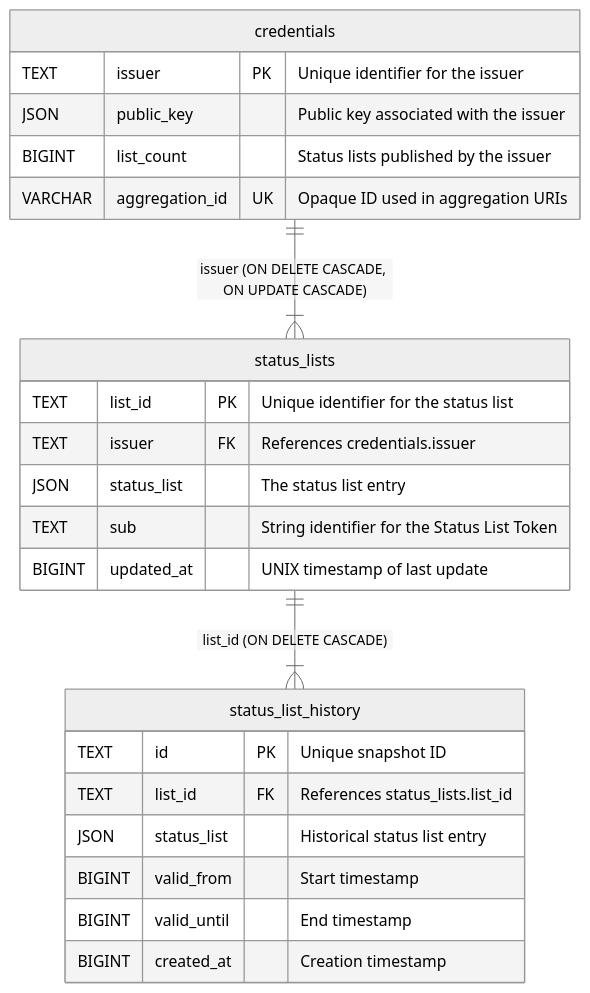
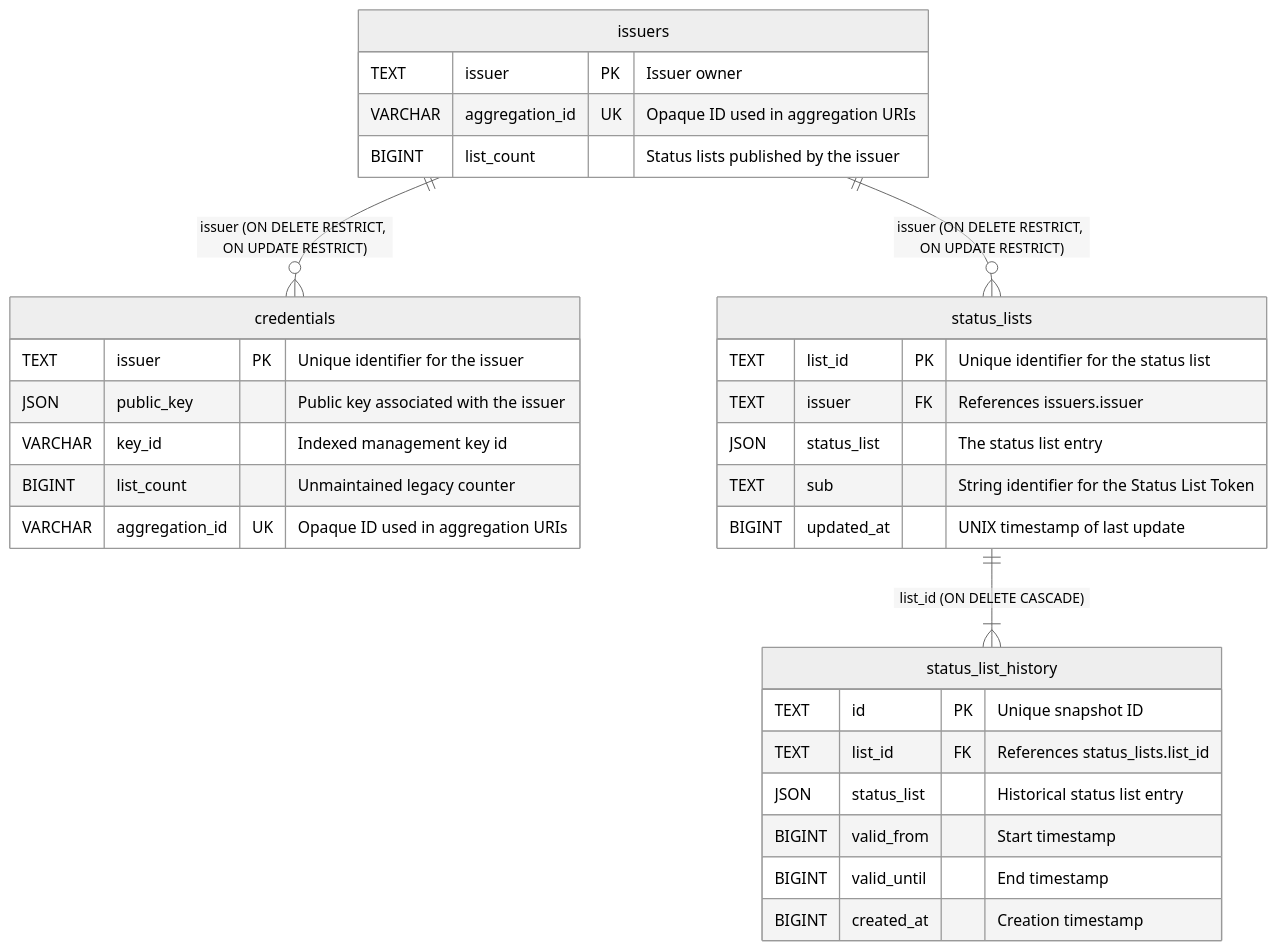
Before and after one commit to adorsys/status-list-server: the diagram in src/outbound/sql/README.md, drawn with Mermaid (neutral theme). The commit also changed other lines of this file and 24 other files, not shown here.

First line of the commit message:
feat(sql)!: decouple status-list ownership and list quota from credentials (#717)

````diff
--- a/src/outbound/sql/README.md
+++ b/src/outbound/sql/README.md
@@ -134,26 +162,33 @@
 ```mermaid
 erDiagram
     credentials {
         TEXT issuer PK "Unique identifier for the issuer"
         JSON public_key "Public key associated with the issuer"
+        VARCHAR key_id "Indexed management key id"
+        BIGINT list_count "Unmaintained legacy counter"
+        VARCHAR aggregation_id UK "Opaque ID used in aggregation URIs"
+    }
+    issuers {
+        TEXT issuer PK "Issuer owner"
+        VARCHAR aggregation_id UK "Opaque ID used in aggregation URIs"
         BIGINT list_count "Status lists published by the issuer"
-        VARCHAR aggregation_id UK "Opaque ID used in aggregation URIs"
     }
     status_lists {
         TEXT list_id PK "Unique identifier for the status list"
-        TEXT issuer FK "References credentials.issuer"
+        TEXT issuer FK "References issuers.issuer"
         JSON status_list "The status list entry"
         TEXT sub "String identifier for the Status List Token"
         BIGINT updated_at "UNIX timestamp of last update"
     }
     status_list_history {
         TEXT id PK "Unique snapshot ID"
         TEXT list_id FK "References status_lists.list_id"
         JSON status_list "Historical status list entry"
         BIGINT valid_from "Start timestamp"
         BIGINT valid_until "End timestamp"
         BIGINT created_at "Creation timestamp"
     }
-    credentials ||--|{ status_lists : "issuer (ON DELETE CASCADE, ON UPDATE CASCADE)"
+    issuers ||--o{ credentials : "issuer (ON DELETE RESTRICT, ON UPDATE RESTRICT)"
+    issuers ||--o{ status_lists : "issuer (ON DELETE RESTRICT, ON UPDATE RESTRICT)"
     status_lists ||--|{ status_list_history : "list_id (ON DELETE CASCADE)"
 ```
````
